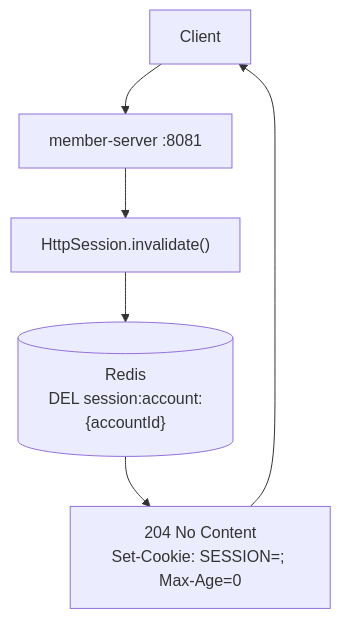
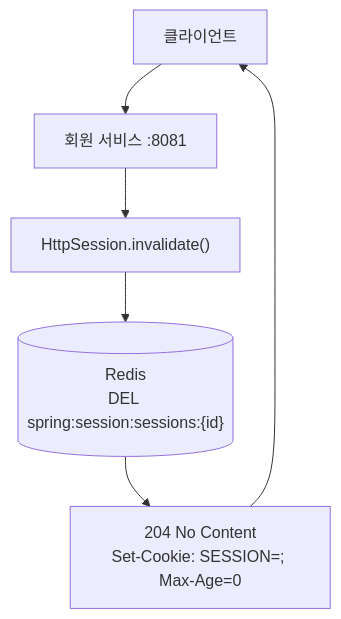
One commit to ing9990/deep-blog changed the diagram in mini-coupang/diagrams/src/05-logout.mmd. Above: the diagram before and after it, drawn with Mermaid. The commit also changed 21 other files, not shown here.

First line of the commit message:
docs(diagrams): 한글 라벨 컨벤션 일괄 적용 + UC-08 MySQL LIKE 단일 채널로 정정

```diff
--- a/mini-coupang/diagrams/src/05-logout.mmd
+++ b/mini-coupang/diagrams/src/05-logout.mmd
@@ -1,6 +1,6 @@
 flowchart TD
-    C["Client"] --> MS["member-server :8081"]
+    C["클라이언트"] --> MS["회원 서비스 :8081"]
     MS --> Inv["HttpSession.invalidate()"]
-    Inv --> R[("Redis<br/>DEL session:account:{accountId}")]
+    Inv --> R[("Redis<br/>DEL spring:session:sessions:{id}")]
     R --> Resp["204 No Content<br/>Set-Cookie: SESSION=; Max-Age=0"]
     Resp --> C
```
